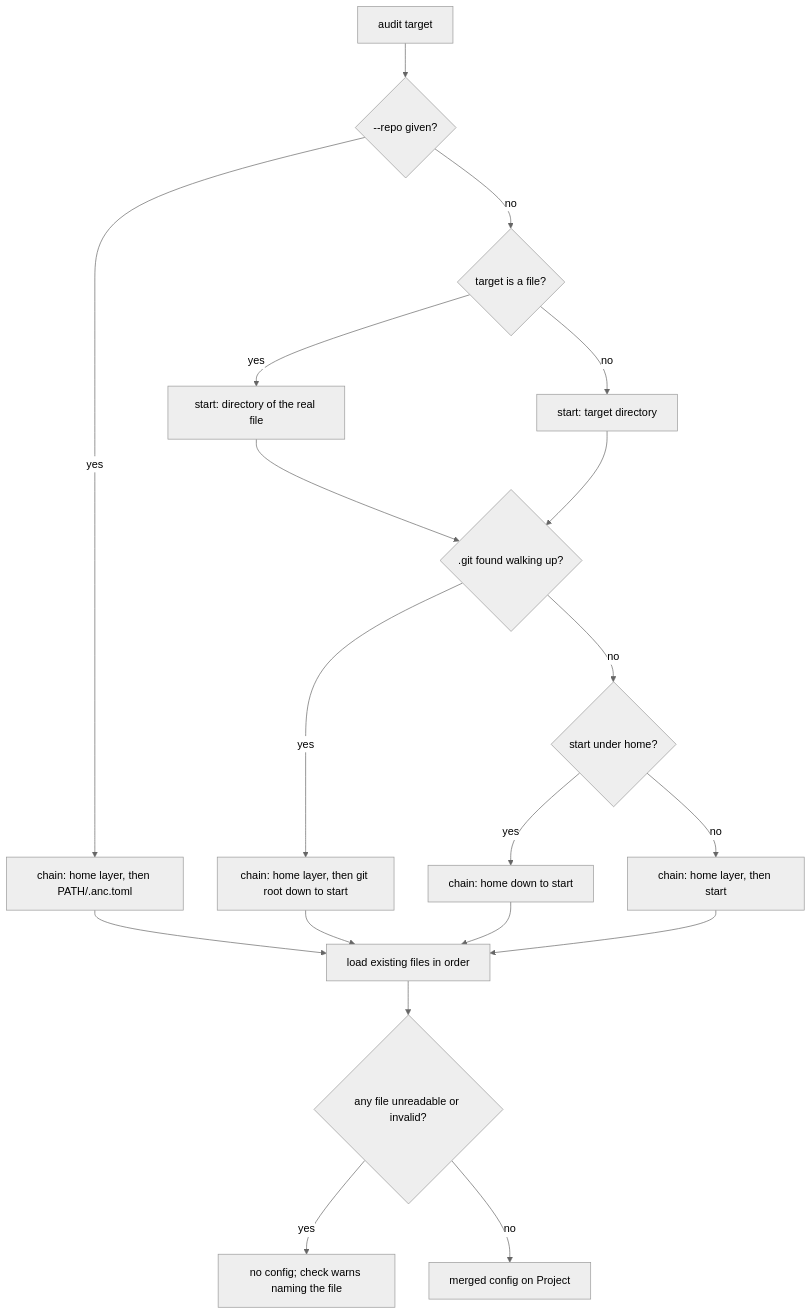
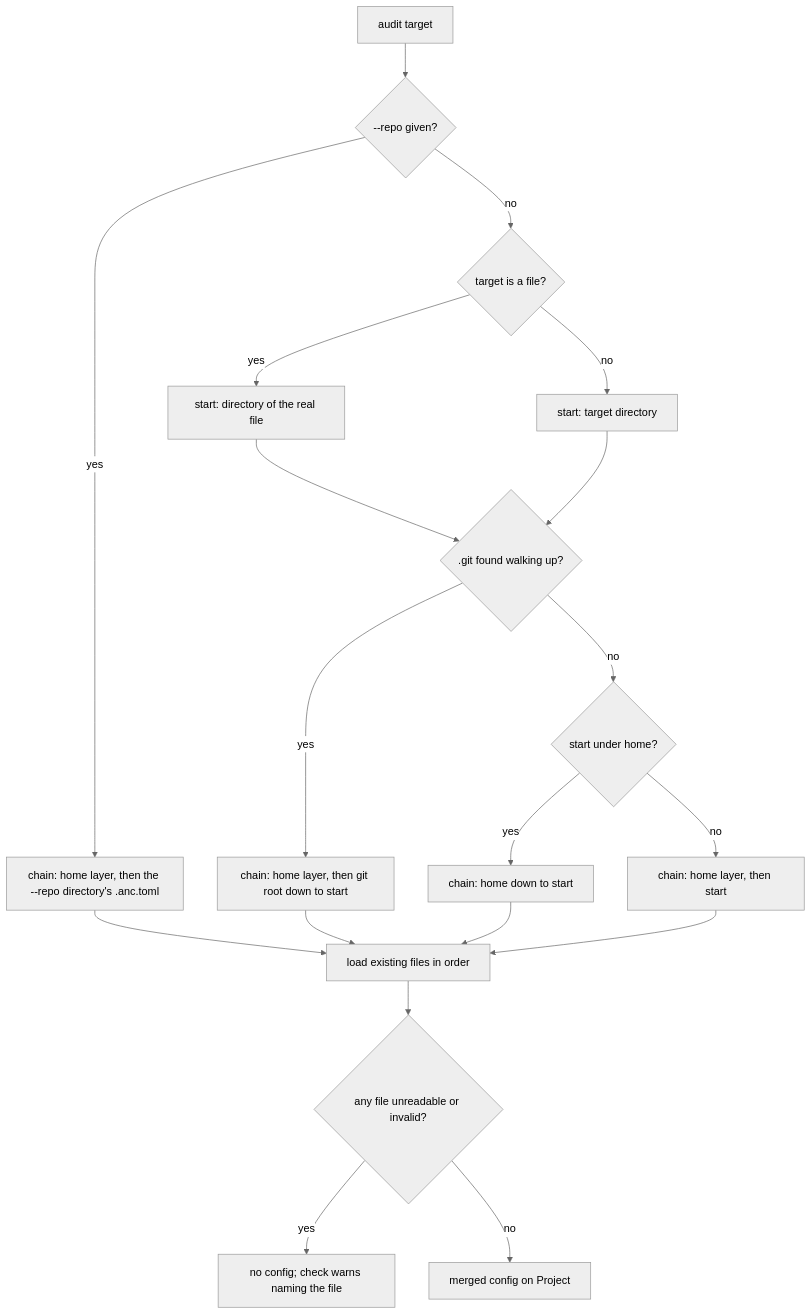
One commit to brettdavies/agentnative-cli changed the diagram in docs/plans/2026-10-01-0015-feat-config-follows-the-repo-plan.md. Above: the diagram before and after it, drawn with Mermaid (neutral theme). The commit also changed other lines of this file, not shown here.

````diff
--- a/docs/plans/2026-10-01-0015-feat-config-follows-the-repo-plan.md
+++ b/docs/plans/2026-10-01-0015-feat-config-follows-the-repo-plan.md
@@ -218,21 +219,21 @@
 ```mermaid
 flowchart TB
   T[audit target] --> R{--repo given?}
-  R -->|yes| CR[chain: home layer, then PATH/.anc.toml]
+  R -->|yes| CR[chain: home layer, then the --repo directory's .anc.toml]
   R -->|no| K{target is a file?}
   K -->|yes| SB[start: directory of the real file]
   K -->|no| SD[start: target directory]
   SB --> G{.git found walking up?}
   SD --> G
   G -->|yes| CG[chain: home layer, then git root down to start]
   G -->|no| H{start under home?}
   H -->|yes| CH[chain: home down to start]
   H -->|no| CO[chain: home layer, then start]
   CR --> L[load existing files in order]
   CG --> L
   CH --> L
   CO --> L
   L --> V{any file unreadable or invalid?}
   V -->|yes| W[no config; check warns naming the file]
   V -->|no| M[merged config on Project]
 ```
````
